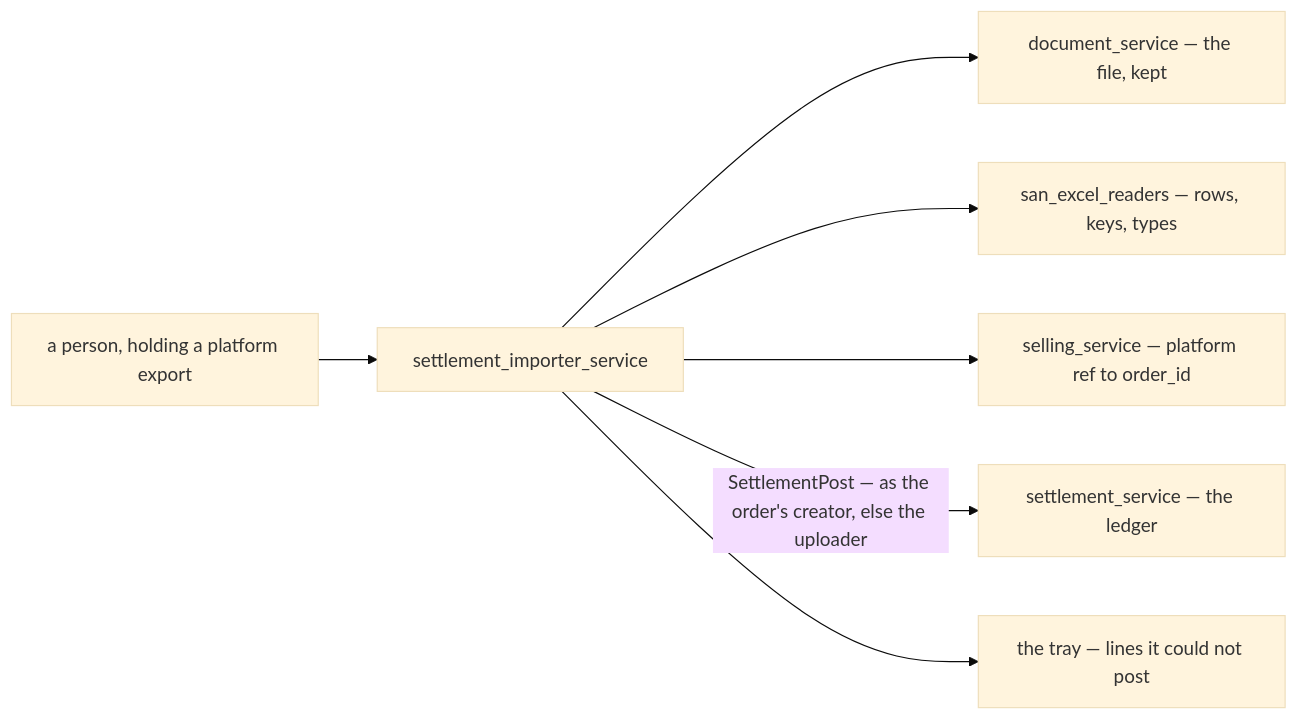
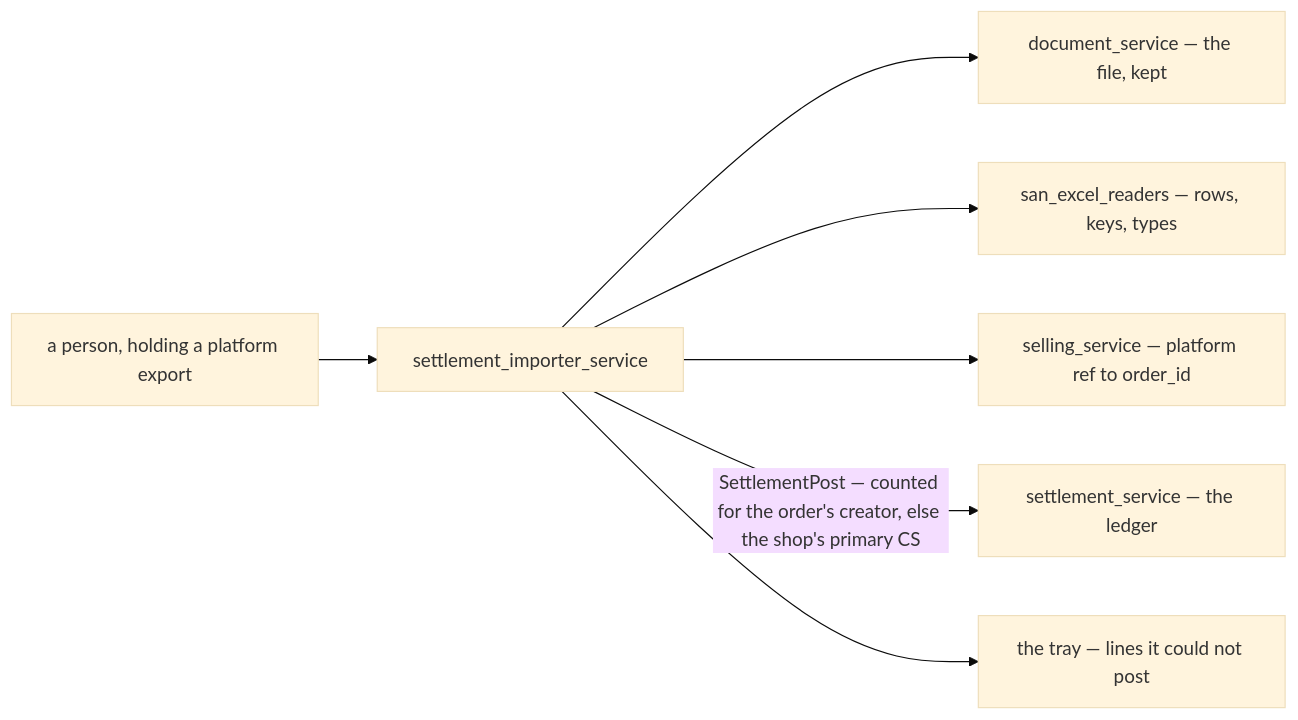
The first of 10 diagrams in docs/business/settlement/settlement_importer_clarify.md (pdcgo/warehouse_revamp), drawn with Mermaid (base theme) before and after one commit. The commit also changed other lines of this file and 7 other files, not shown here.

First line of the commit message:
settlement: record user-id-is-the-orders-creator-else-the-shops-primary-cs

````diff
--- a/docs/business/settlement/settlement_importer_clarify.md
+++ b/docs/business/settlement/settlement_importer_clarify.md
@@ -36,9 +36,9 @@
 ```mermaid
 flowchart LR
   P["a person, holding a platform export"] --> I["settlement_importer_service"]
   I --> D["document_service — the file, kept"]
   I --> R["san_excel_readers — rows, keys, types"]
   I --> O["selling_service — platform ref to order_id"]
-  I -->|"SettlementPost — as the order's creator, else the uploader"| S["settlement_service — the ledger"]
+  I -->|"SettlementPost — counted for the order's creator, else the shop's primary CS"| S["settlement_service — the ledger"]
   I --> T["the tray — lines it could not post"]
 ```
````
